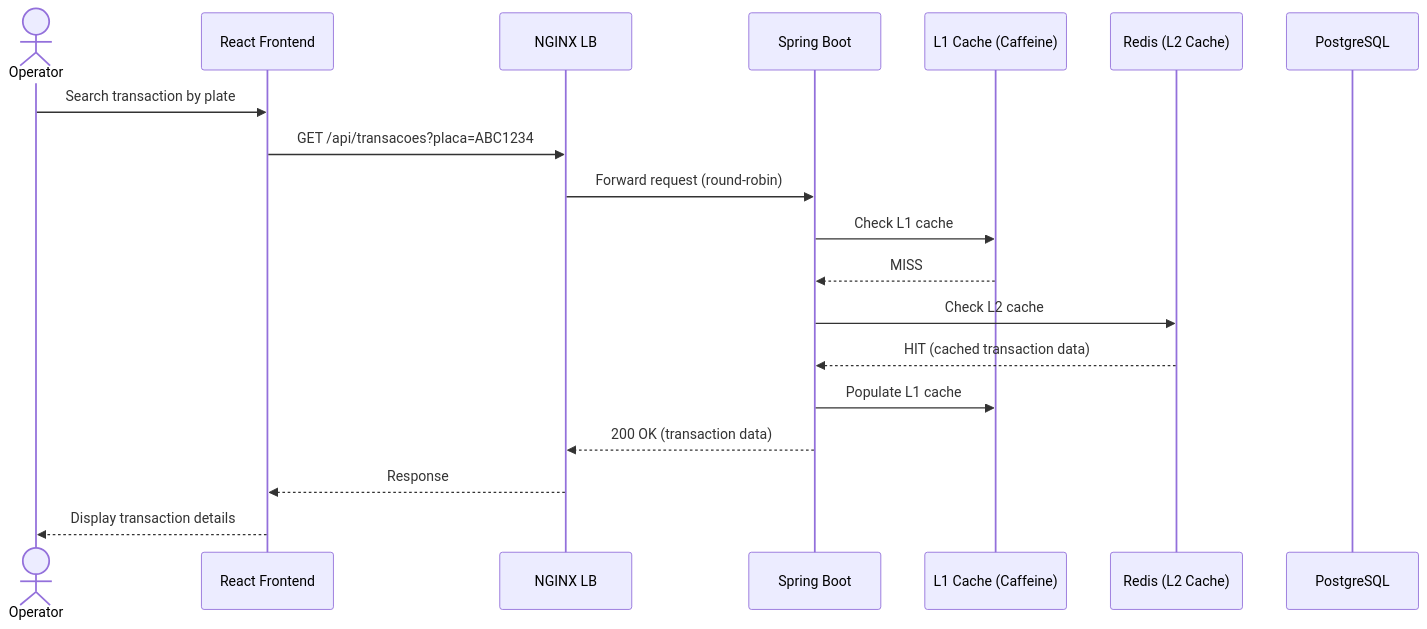
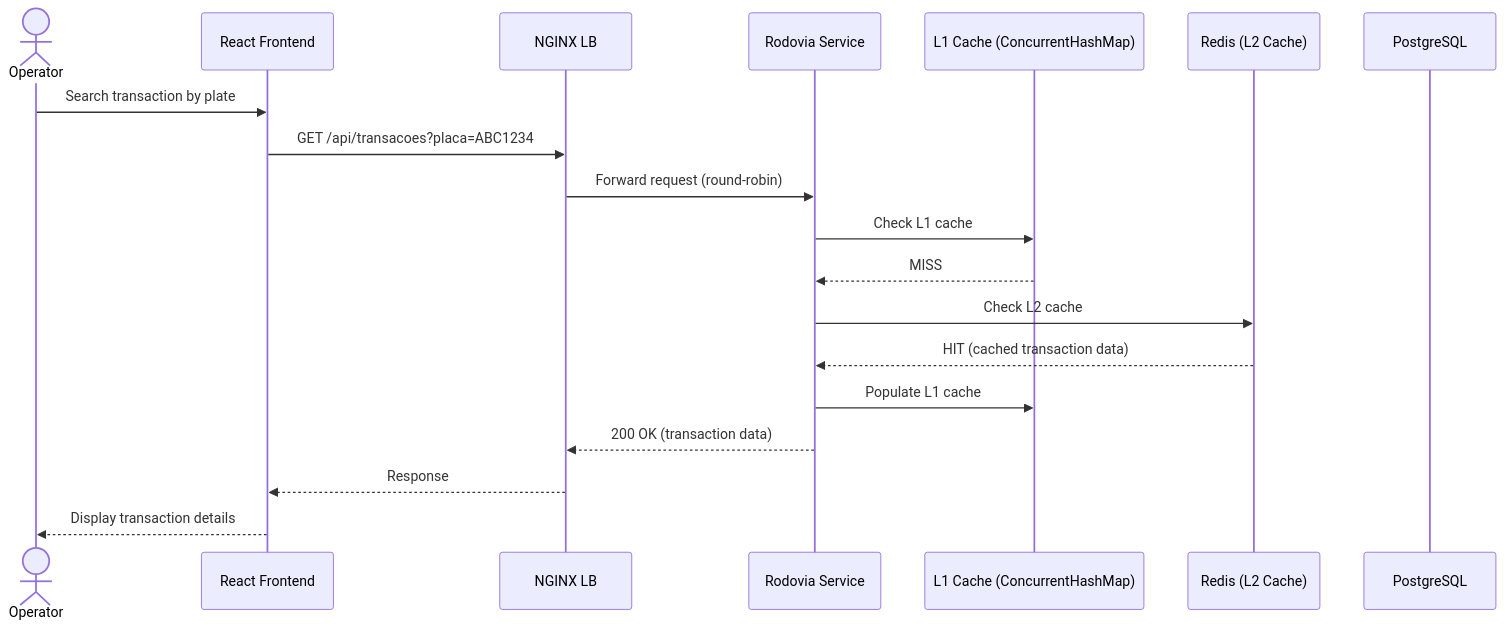
The second of 7 diagrams in docs/uml-diagrams.md (heloan/smart-toll-cache-system), drawn with Mermaid before and after one commit. The commit also changed other lines of this file and 175 other files, not shown here.

````diff
--- a/docs/uml-diagrams.md
+++ b/docs/uml-diagrams.md
@@ -57,22 +64,22 @@
 ```mermaid
 sequenceDiagram
     actor Operator
     participant FE as React Frontend
     participant NGINX as NGINX LB
-    participant SB as Spring Boot
-    participant L1 as L1 Cache (Caffeine)
+    participant SB as Rodovia Service
+    participant L1 as L1 Cache (ConcurrentHashMap)
     participant REDIS as Redis (L2 Cache)
     participant PG as PostgreSQL
 
     Operator->>FE: Search transaction by plate
     FE->>NGINX: GET /api/transacoes?placa=ABC1234
     NGINX->>SB: Forward request (round-robin)
     SB->>L1: Check L1 cache
     L1-->>SB: MISS
     SB->>REDIS: Check L2 cache
     REDIS-->>SB: HIT (cached transaction data)
     SB->>L1: Populate L1 cache
     SB-->>NGINX: 200 OK (transaction data)
     NGINX-->>FE: Response
     FE-->>Operator: Display transaction details
 ```
````
